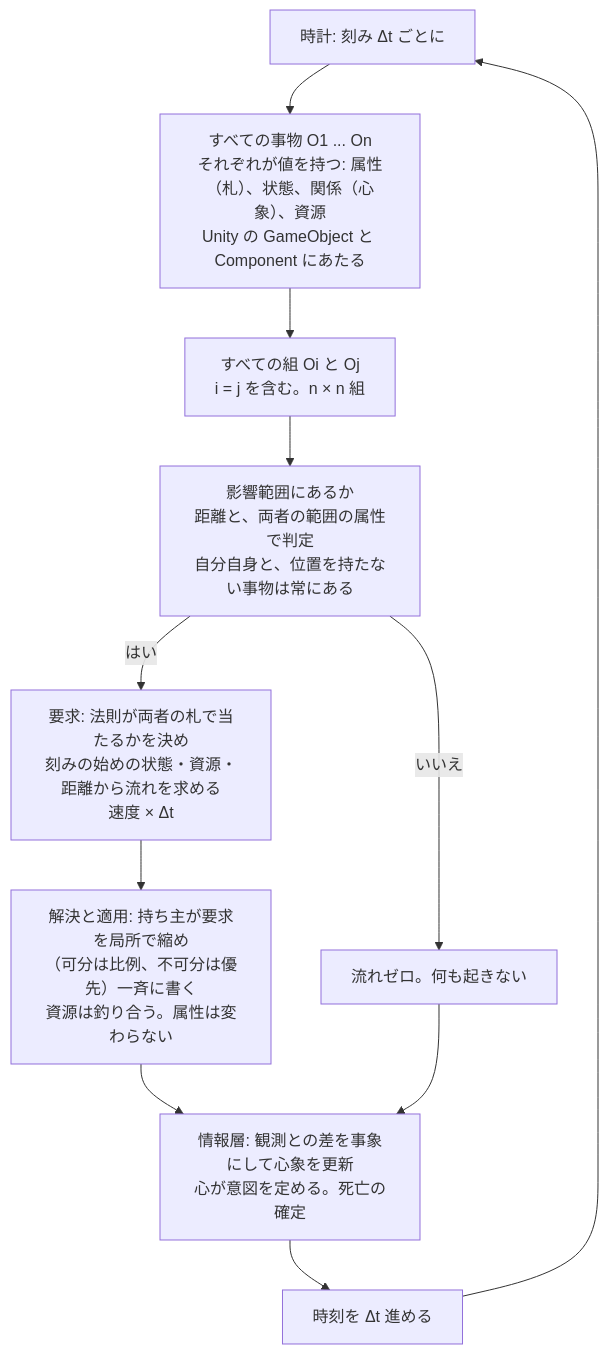
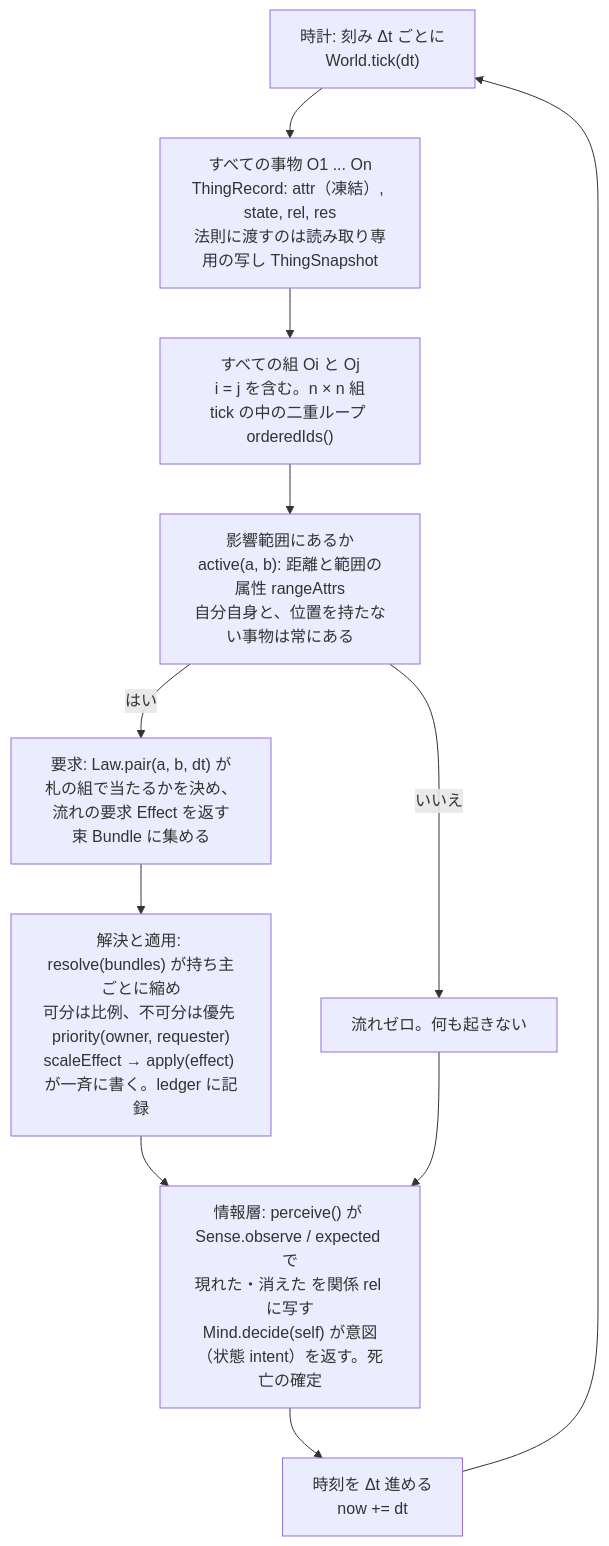
One commit to demerzel09/Medieval-Simulator changed the first of 3 diagrams in docs/DESIGN.md. Above: the diagram before and after it, drawn with Mermaid. The commit also changed other lines of this file and 2 other files, not shown here.

First line of the commit message:
Annotate figure 1 with the implementing functions, turn figure 4 into the implementation structure, and review reuse of the legacy screens

````diff
--- a/docs/DESIGN.md
+++ b/docs/DESIGN.md
@@ -47,13 +47,13 @@
 ```mermaid
 flowchart TD
-  C["時計: 刻み Δt ごとに"] --> O["すべての事物 O1 ... On<br/>それぞれが値を持つ: 属性（札）、状態、関係（心象）、資源<br/>Unity の GameObject と Component にあたる"]
-  O --> P["すべての組 Oi と Oj<br/>i = j を含む。n × n 組"]
-  P --> S["影響範囲にあるか<br/>距離と、両者の範囲の属性で判定<br/>自分自身と、位置を持たない事物は常にある"]
+  C["時計: 刻み Δt ごとに<br/>World.tick(dt)"] --> O["すべての事物 O1 ... On<br/>ThingRecord: attr（凍結）, state, rel, res<br/>法則に渡すのは読み取り専用の写し ThingSnapshot"]
+  O --> P["すべての組 Oi と Oj<br/>i = j を含む。n × n 組<br/>tick の中の二重ループ orderedIds()"]
+  P --> S["影響範囲にあるか<br/>active(a, b): 距離と範囲の属性 rangeAttrs<br/>自分自身と、位置を持たない事物は常にある"]
   S -->|"いいえ"| Z["流れゼロ。何も起きない"]
-  S -->|"はい"| L["要求: 法則が両者の札で当たるかを決め<br/>刻みの始めの状態・資源・距離から流れを求める<br/>速度 × Δt"]
-  L --> F["解決と適用: 持ち主が要求を局所で縮め<br/>（可分は比例、不可分は優先）一斉に書く<br/>資源は釣り合う。属性は変わらない"]
-  F --> I["情報層: 観測との差を事象にして心象を更新<br/>心が意図を定める。死亡の確定"]
+  S -->|"はい"| L["要求: Law.pair(a, b, dt) が<br/>札の組で当たるかを決め、流れの要求 Effect を返す<br/>束 Bundle に集める"]
+  L --> F["解決と適用: resolve(bundles) が持ち主ごとに縮め<br/>可分は比例、不可分は優先 priority(owner, requester)<br/>scaleEffect → apply(effect) が一斉に書く。ledger に記録"]
+  F --> I["情報層: perceive() が Sense.observe / expected で<br/>現れた・消えた を関係 rel に写す<br/>Mind.decide(self) が意図（状態 intent）を返す。死亡の確定"]
   Z --> I
-  I --> T["時刻を Δt 進める"]
+  I --> T["時刻を Δt 進める<br/>now += dt"]
   T --> C
 ```
````
